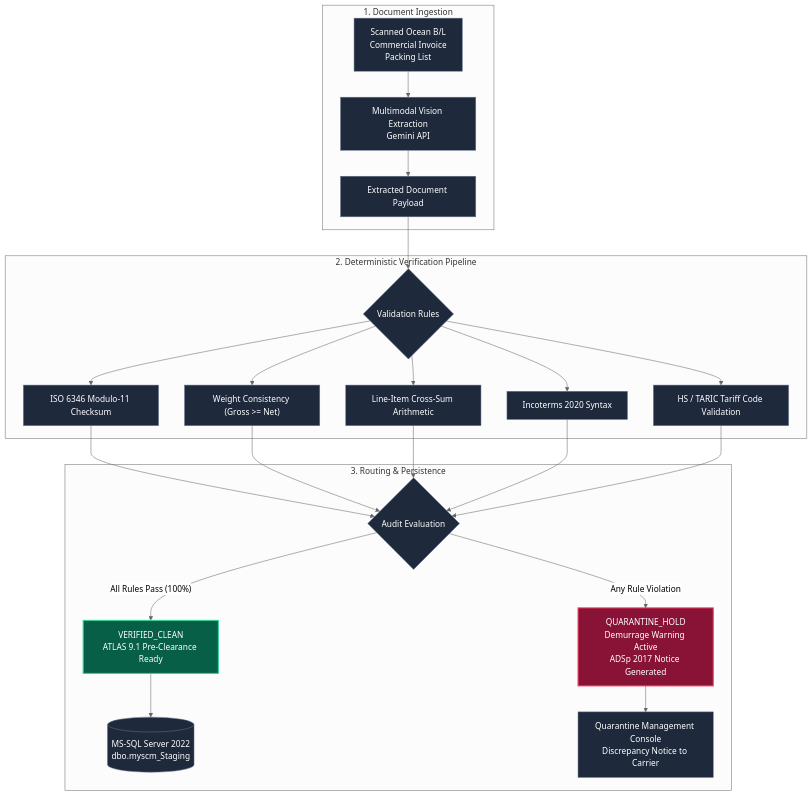
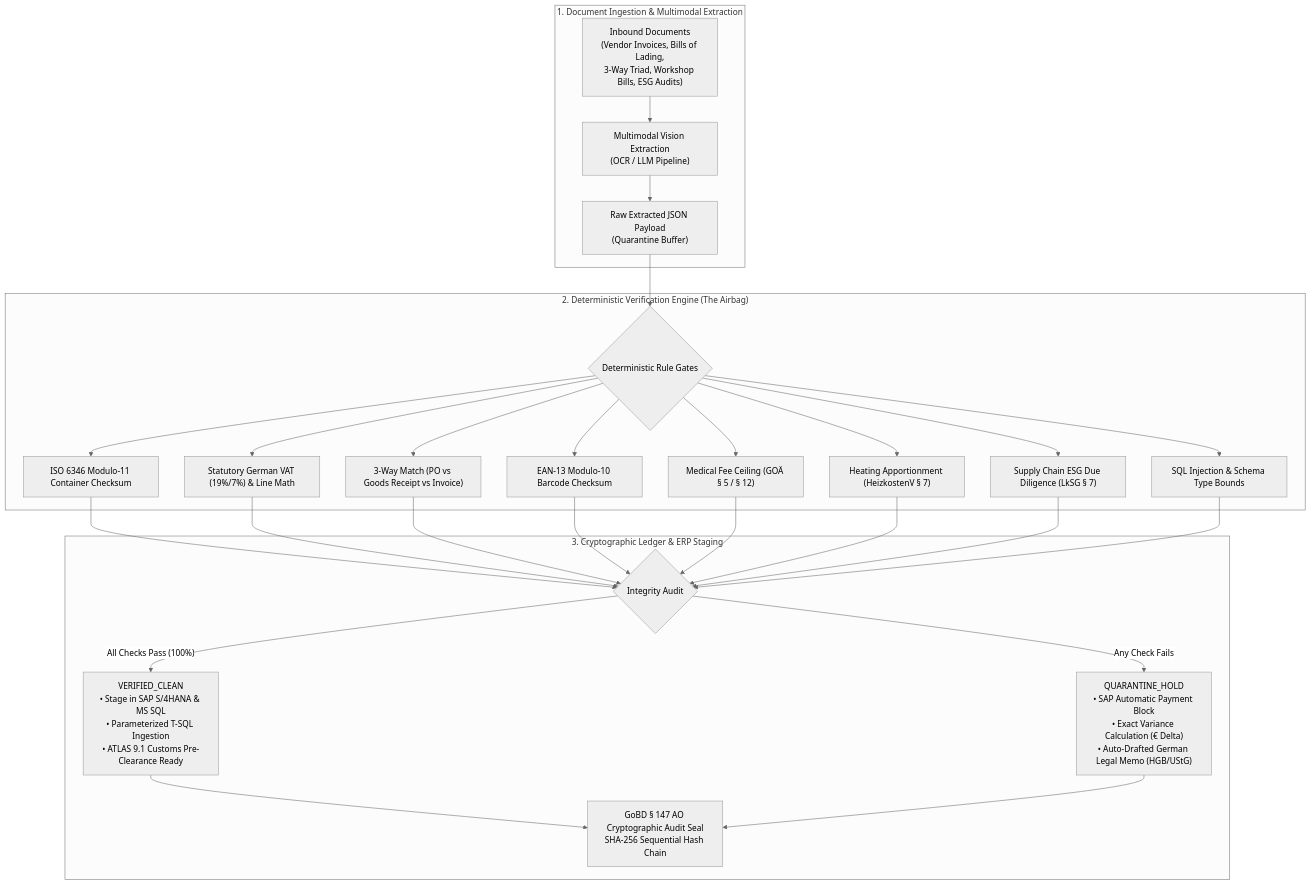
The diagram in README.md (AllenFletcherAI/Haulitz), drawn with Mermaid (neutral theme) before and after one commit. The commit also changed other lines of this file and 50 other files, not shown here.

Commit message:
feat(core): implement Haulitz 10-domain deterministic verification edge gateway

````diff
--- a/README.md
+++ b/README.md
@@ -37,35 +32,28 @@
 ```mermaid
 flowchart TD
-    subgraph INTAKE["1. Document Ingestion"]
-        A["Scanned Ocean B/L<br/>Commercial Invoice<br/>Packing List"] --> B["Multimodal Vision Extraction<br/>Gemini API"]
-        B --> C["Extracted Document Payload"]
+    subgraph INGEST["1. Document Ingestion & Multimodal Extraction"]
+        A["Inbound Documents<br/>(Vendor Invoices, Bills of Lading,<br/>3-Way Triad, Workshop Bills, ESG Audits)"] --> B["Multimodal Vision Extraction<br/>(OCR / LLM Pipeline)"]
+        B --> C["Raw Extracted JSON Payload<br/>(Quarantine Buffer)"]
     end
 
-    subgraph VALIDATION["2. Deterministic Verification Pipeline"]
-        C --> D{"Validation Rules"}
-        D --> D1["ISO 6346 Modulo-11 Checksum"]
-        D --> D2["Weight Consistency (Gross >= Net)"]
-        D --> D3["Line-Item Cross-Sum Arithmetic"]
-        D --> D4["Incoterms 2020 Syntax"]
-        D --> D5["HS / TARIC Tariff Code Validation"]
+    subgraph AIRBAG["2. Deterministic Verification Engine (The Airbag)"]
+        C --> D{"Deterministic Rule Gates"}
+        D --> D1["ISO 6346 Modulo-11 Container Checksum"]
+        D --> D2["Statutory German VAT (19%/7%) & Line Math"]
+        D --> D3["3-Way Match (PO vs Goods Receipt vs Invoice)"]
+        D --> D4["EAN-13 Modulo-10 Barcode Checksum"]
+        D --> D5["Medical Fee Ceiling (GOÄ § 5 / § 12)"]
+        D --> D6["Heating Apportionment (HeizkostenV § 7)"]
+        D --> D7["Supply Chain ESG Due Diligence (LkSG § 7)"]
+        D --> D8["SQL Injection & Schema Type Bounds"]
     end
 
-    subgraph DISPATCH["3. Routing & Persistence"]
-        D1 --> DECISION{"Audit Evaluation"}
-        D2 --> DECISION
-        D3 --> DECISION
-        D4 --> DECISION
-        D5 --> DECISION
-        DECISION -->|"All Rules Pass (100%)"| E["VERIFIED_CLEAN<br/>ATLAS 9.1 Pre-Clearance Ready"]
-        DECISION -->|"Any Rule Violation"| F["QUARANTINE_HOLD<br/>Demurrage Warning Active<br/>ADSp 2017 Notice Generated"]
-        E --> G[("MS-SQL Server 2022<br/>dbo.myscm_Staging")]
-        F --> H["Quarantine Management Console<br/>Discrepancy Notice to Carrier"]
+    subgraph DISPATCH["3. Cryptographic Ledger & ERP Staging"]
+        D1 & D2 & D3 & D4 & D5 & D6 & D7 & D8 --> EVAL{"Integrity Audit"}
+        EVAL -->|"All Checks Pass (100%)"| CLEAN["VERIFIED_CLEAN<br/>• Stage in SAP S/4HANA & MS SQL<br/>• Parameterized T-SQL Ingestion<br/>• ATLAS 9.1 Customs Pre-Clearance Ready"]
+        EVAL -->|"Any Check Fails"| QUARANTINE["QUARANTINE_HOLD<br/>• SAP Automatic Payment Block<br/>• Exact Variance Calculation (€ Delta)<br/>• Auto-Drafted German Legal Memo (HGB/UStG)"]
+        
+        CLEAN --> SEAL["GoBD § 147 AO Cryptographic Audit Seal<br/>SHA-256 Sequential Hash Chain"]
+        QUARANTINE --> SEAL
     end
-
-    classDef clean fill:#065f46,stroke:#34d399,stroke-width:2px,color:#fff;
-    classDef hold fill:#881337,stroke:#f43f5e,stroke-width:2px,color:#fff;
-    classDef core fill:#1e293b,stroke:#64748b,stroke-width:1px,color:#fff;
-    class E clean;
-    class F hold;
-    class A,B,C,D,D1,D2,D3,D4,D5,DECISION,G,H core;
 ```
````
